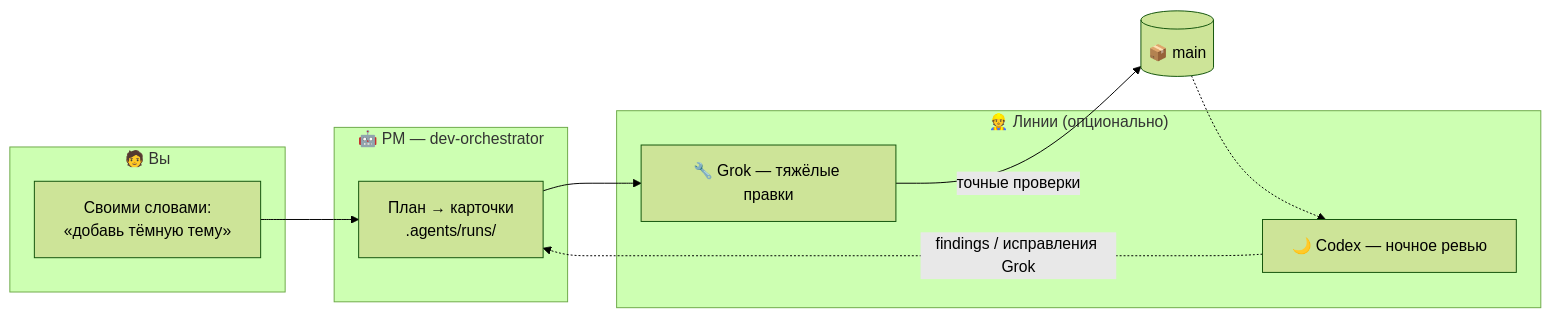
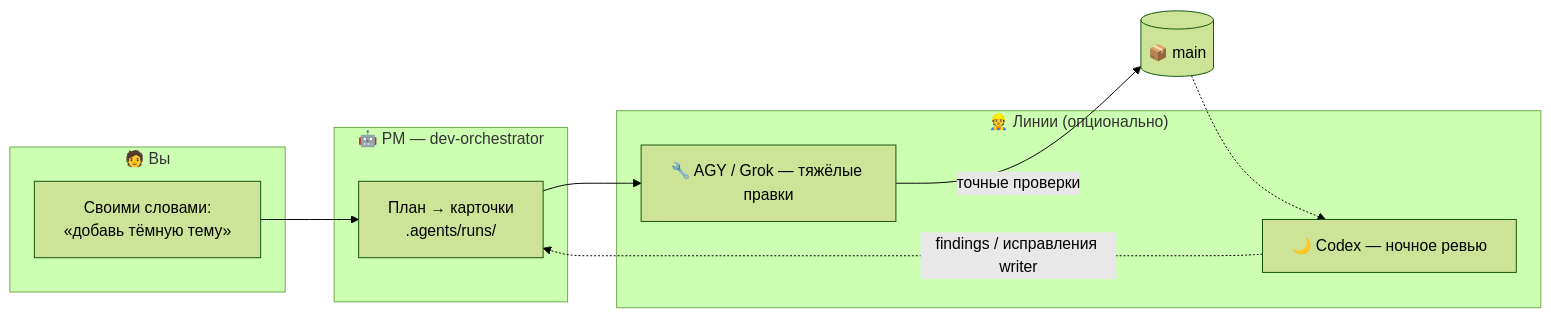
Before and after one commit to VKirill/claude-lane-stack: the diagram in README.ru.md, drawn with Mermaid (forest theme). The commit also changed other lines of this file and 35 other files, not shown here.

Commit message:
feat(runtime): add switchable AGY 3.6 writer

````diff
--- a/README.ru.md
+++ b/README.ru.md
@@ -74,18 +74,18 @@
 ```mermaid
 flowchart LR
     subgraph you ["🧑 Вы"]
         A["Своими словами:<br/>«добавь тёмную тему»"]
     end
     subgraph pm ["🤖 PM — dev-orchestrator"]
         B["План → карточки<br/>.agents/runs/"]
     end
     subgraph lanes ["👷 Линии (опционально)"]
-        D["🔧 Grok — тяжёлые правки"]
+        D["🔧 AGY / Grok — тяжёлые правки"]
         E["🌙 Codex — ночное ревью"]
     end
     A --> B
     B --> D
     D -->|точные проверки| F[("📦 main")]
     F -.-> E
-    E -.->|findings / исправления Grok| B
+    E -.->|findings / исправления writer| B
 ```
````
